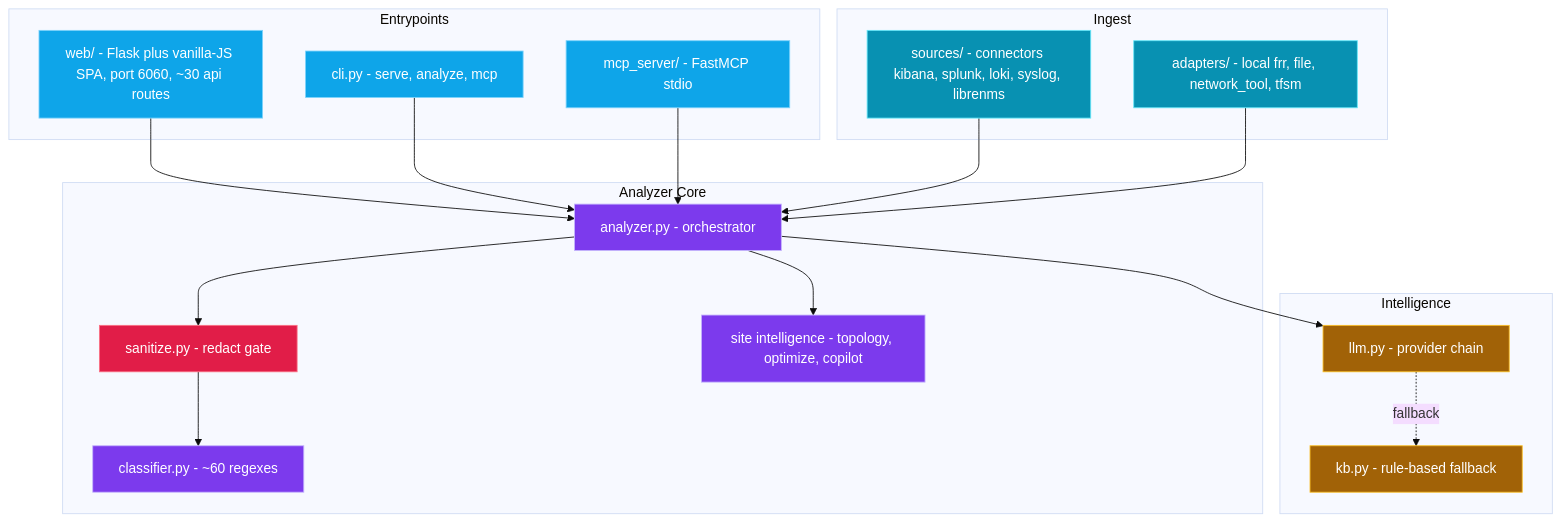
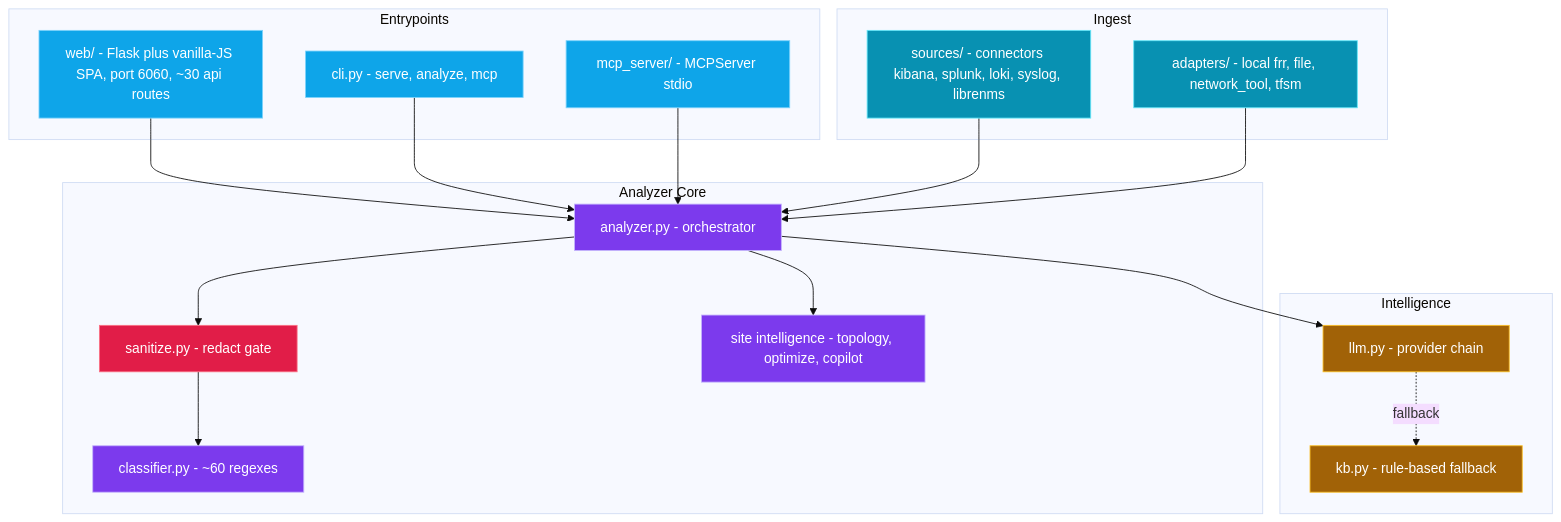
Before and after one commit to gesh75/netlog-ai: the second of 7 diagrams in docs/ARCHITECTURE.md, drawn with Mermaid (base theme). The commit also changed other lines of this file and 6 other files, not shown here.

````diff
--- a/docs/ARCHITECTURE.md
+++ b/docs/ARCHITECTURE.md
@@ -75,44 +75,44 @@
 ```mermaid
 flowchart TB
     subgraph ENTRY["Entrypoints"]
         WEB["web/ - Flask plus vanilla-JS SPA, port 6060, ~30 api routes"]
         CLI["cli.py - serve, analyze, mcp"]
-        MCP["mcp_server/ - FastMCP stdio"]
+        MCP["mcp_server/ - MCPServer stdio"]
     end
 
     subgraph INGEST["Ingest"]
         SRC["sources/ - connectors kibana, splunk, loki, syslog, librenms"]
         ADP["adapters/ - local frr, file, network_tool, tfsm"]
     end
 
     subgraph CORE["Analyzer Core"]
         SAN["sanitize.py - redact gate"]
         CLS["classifier.py - ~60 regexes"]
         ANA["analyzer.py - orchestrator"]
         SITE["site intelligence - topology, optimize, copilot"]
     end
 
     subgraph BRAIN["Intelligence"]
         LLMC["llm.py - provider chain"]
         KB["kb.py - rule-based fallback"]
     end
 
     WEB & CLI & MCP --> ANA
     SRC & ADP --> ANA
     ANA --> SAN --> CLS
     ANA --> SITE
     ANA --> LLMC
     LLMC -.fallback.-> KB
 
     classDef entry fill:#0ea5e9,stroke:#7dd3fc,color:#fff
     classDef in    fill:#0891b2,stroke:#67e8f9,color:#fff
     classDef gate  fill:#e11d48,stroke:#fb7185,color:#fff
     classDef core  fill:#7c3aed,stroke:#c4b5fd,color:#fff
     classDef brain fill:#a16207,stroke:#fbbf24,color:#fff
 
     class WEB,CLI,MCP entry
     class SRC,ADP in
     class SAN gate
     class CLS,ANA,SITE core
     class LLMC,KB brain
 ```
````
